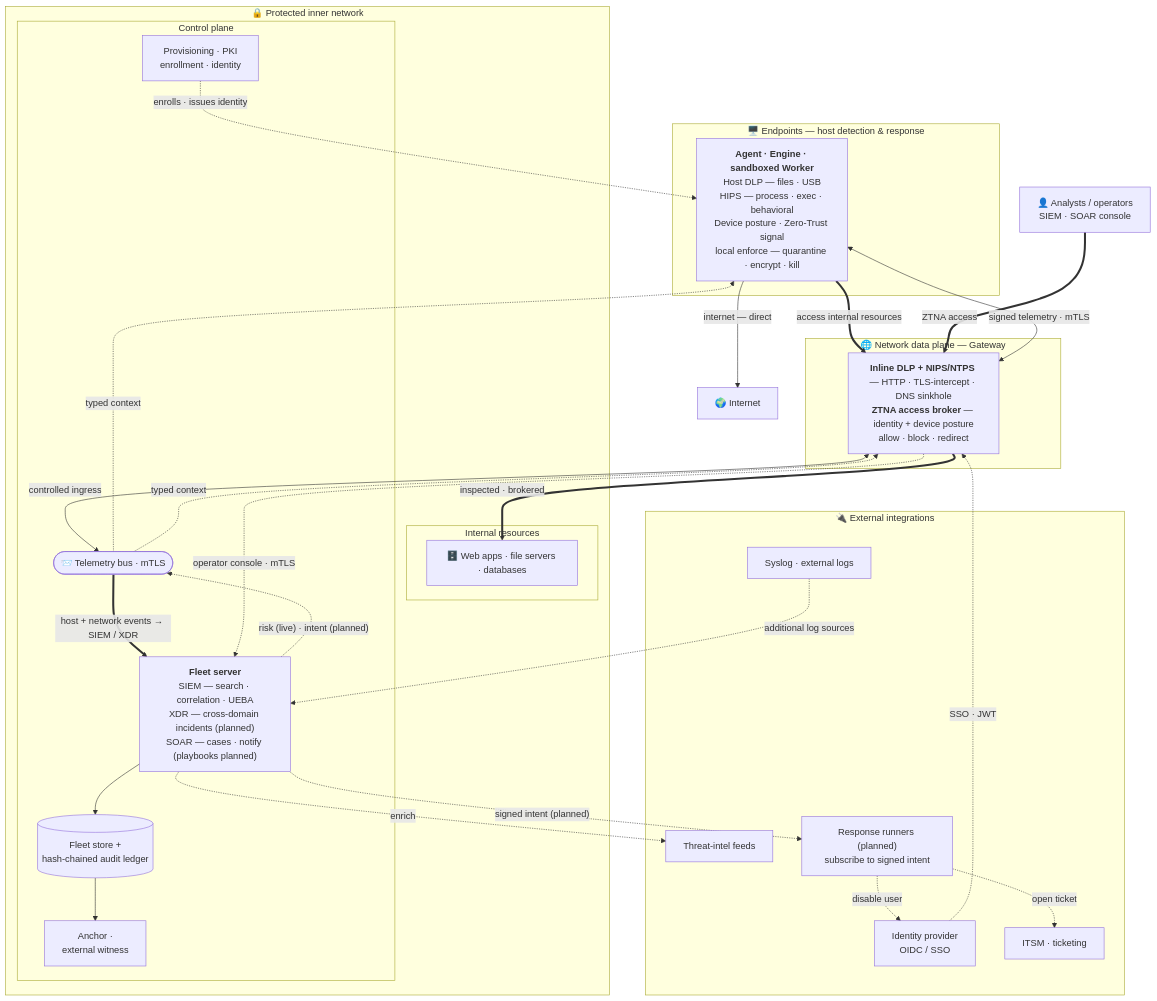
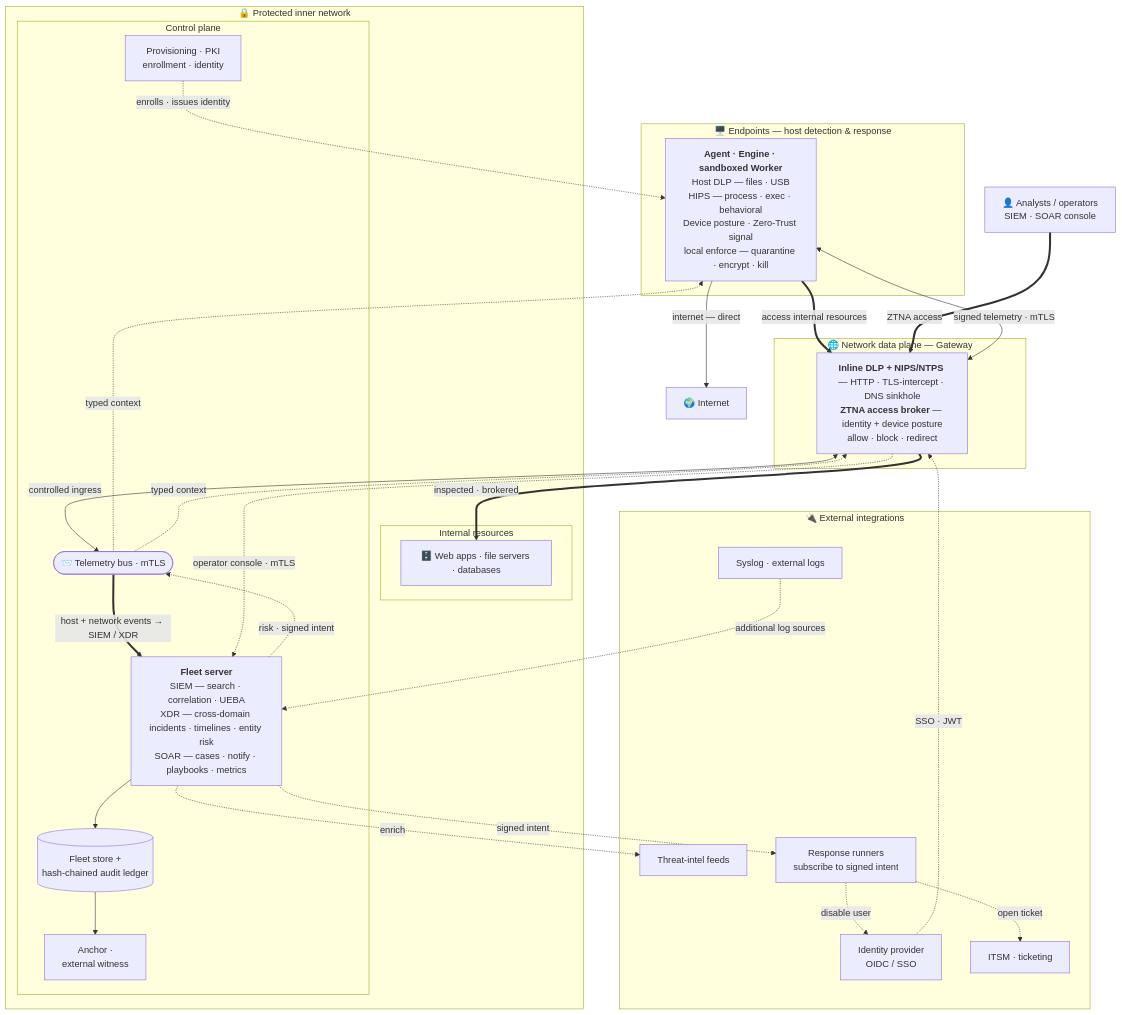
One commit to lucianoengel/openshield changed the second of 2 diagrams in README.md. Above: the diagram before and after it, drawn with Mermaid. The commit also changed other lines of this file and 2 other files, not shown here.

````diff
--- a/README.md
+++ b/README.md
@@ -123,62 +134,62 @@
 ```mermaid
 flowchart TB
   INET["🌍 Internet"]
 
   subgraph EP["🖥️ Endpoints — host detection &amp; response"]
     HOST["<b>Agent · Engine · sandboxed Worker</b><br/>Host DLP — files · USB<br/>HIPS — process · exec · behavioral<br/>Device posture · Zero-Trust signal<br/>local enforce — quarantine · encrypt · kill"]
   end
 
   subgraph NETP["🌐 Network data plane — Gateway"]
     GW["<b>Inline DLP + NIPS/NTPS</b> — HTTP · TLS-intercept · DNS sinkhole<br/><b>ZTNA access broker</b> — identity + device posture<br/>allow · block · redirect"]
   end
 
   subgraph INNER["🔒 Protected inner network"]
     subgraph RES["Internal resources"]
       APPS["🗄️ Web apps · file servers · databases"]
     end
     subgraph CP["Control plane"]
       BUS(["📨 Telemetry bus · mTLS"])
-      SRV["<b>Fleet server</b><br/>SIEM — search · correlation · UEBA<br/>XDR — cross-domain incidents (planned)<br/>SOAR — cases · notify (playbooks planned)"]
+      SRV["<b>Fleet server</b><br/>SIEM — search · correlation · UEBA<br/>XDR — cross-domain incidents · timelines · entity risk<br/>SOAR — cases · notify · playbooks · metrics"]
       LED[("Fleet store +<br/>hash-chained audit ledger")]
       PKI["Provisioning · PKI<br/>enrollment · identity"]
       ANC["Anchor ·<br/>external witness"]
     end
   end
 
   OPS["👤 Analysts / operators<br/>SIEM · SOAR console"]
 
   subgraph EXT["🔌 External integrations"]
     IDP["Identity provider<br/>OIDC / SSO"]
     ITSM["ITSM · ticketing"]
     TI["Threat-intel feeds"]
     LOGS["Syslog · external logs"]
-    RUN["Response runners (planned)<br/>subscribe to signed intent"]
+    RUN["Response runners<br/>subscribe to signed intent"]
   end
 
   %% data plane — user access
   HOST -->|"internet — direct"| INET
   HOST ==>|"access internal resources"| GW
   GW ==>|"inspected · brokered"| APPS
   OPS ==>|"ZTNA access"| GW
 
   %% management plane — signed events into the inner network (the SIEM/XDR feed)
   HOST <-->|"signed telemetry · mTLS"| GW
   GW <-->|"controlled ingress"| BUS
   BUS ==>|"host + network events → SIEM / XDR"| SRV
   SRV --> LED --> ANC
   GW -.->|"operator console · mTLS"| SRV
 
   %% identity / zero trust
   PKI -.->|"enrolls · issues identity"| HOST
   IDP -.->|"SSO · JWT"| GW
   LOGS -.->|"additional log sources"| SRV
 
-  %% coordinated response — risk (live) + response-intent (planned) back to every enforcement point
-  SRV -.->|"risk (live) · intent (planned)"| BUS
+  %% coordinated response — risk + signed response-intent back to every enforcement point
+  SRV -.->|"risk · signed intent"| BUS
   BUS -.->|"typed context"| HOST
   BUS -.->|"typed context"| GW
   SRV -.->|"enrich"| TI
-  SRV -.->|"signed intent (planned)"| RUN
+  SRV -.->|"signed intent"| RUN
   RUN -.->|"disable user"| IDP
   RUN -.->|"open ticket"| ITSM
 ```
````
